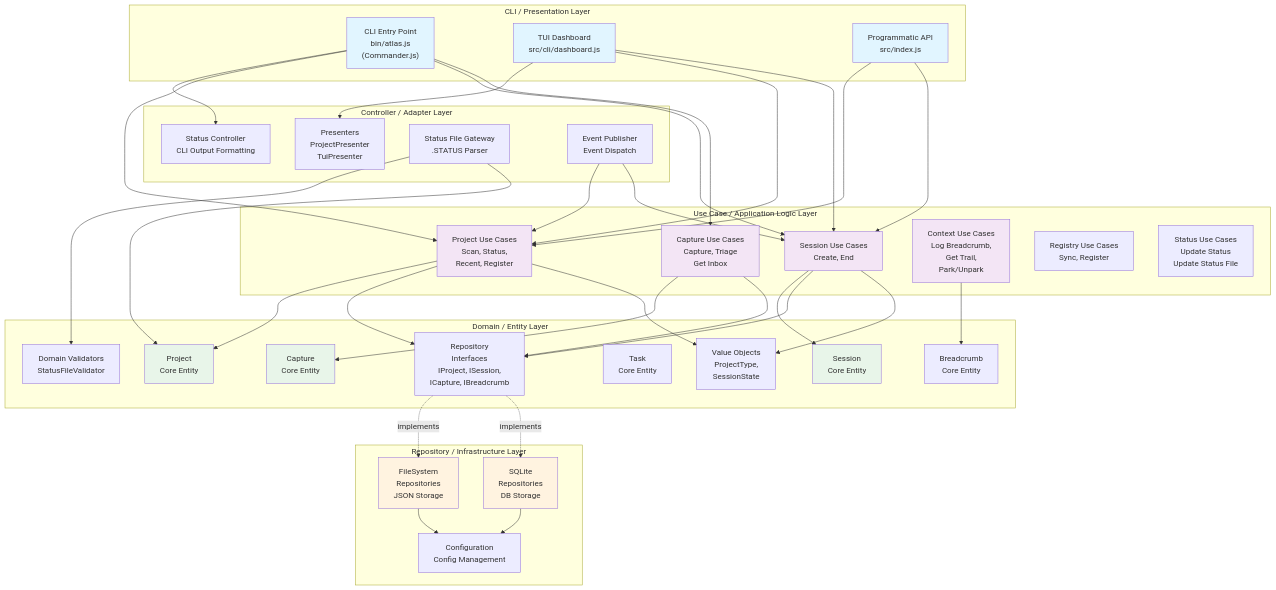
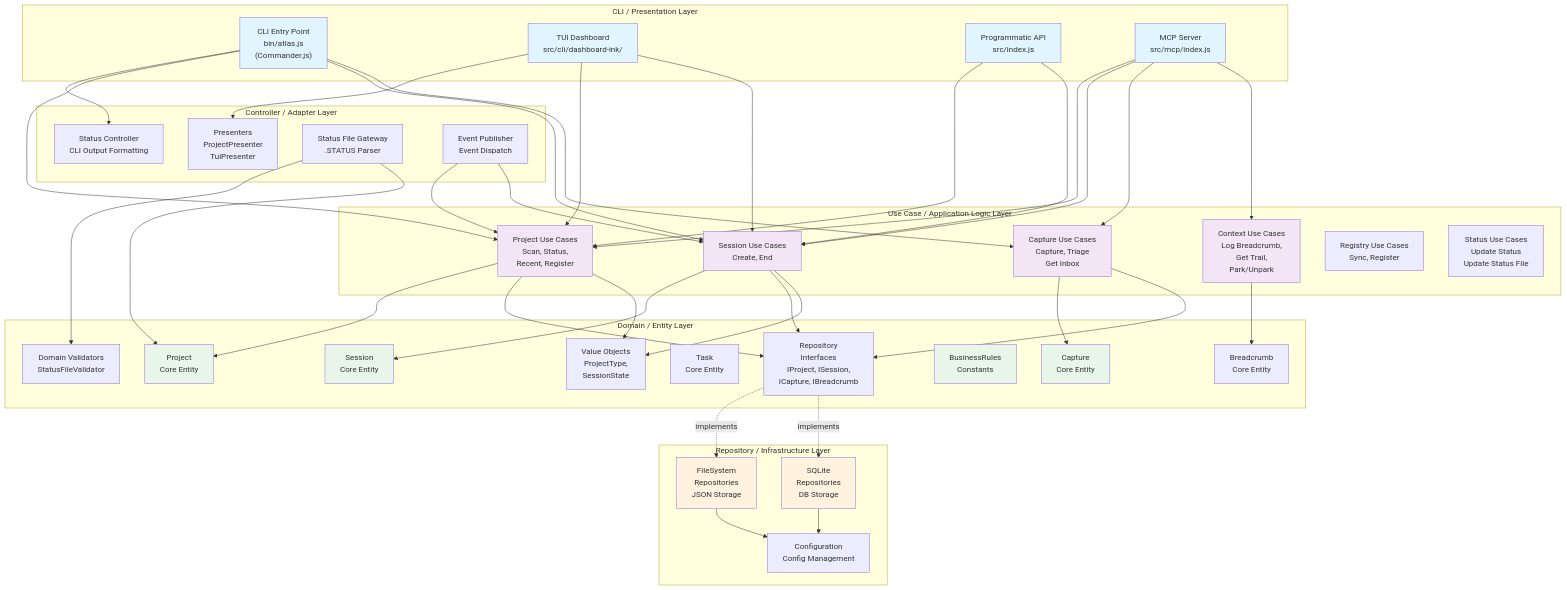
The first of 13 diagrams in docs/DIAGRAMS.md (Data-Wise/atlas), drawn with Mermaid before and after one commit. The commit also changed other lines of this file and 2 other files, not shown here.

```diff
--- a/docs/DIAGRAMS.md
+++ b/docs/DIAGRAMS.md
@@ -10,8 +10,9 @@
 graph TB
     subgraph "CLI / Presentation Layer"
         CLI["CLI Entry Point<br/>bin/atlas.js<br/>(Commander.js)"]
-        Dashboard["TUI Dashboard<br/>src/cli/dashboard.js"]
+        Dashboard["TUI Dashboard<br/>src/cli/dashboard-ink/"]
         API["Programmatic API<br/>src/index.js"]
+        MCP["MCP Server<br/>src/mcp/index.js"]
     end
 
     subgraph "Controller / Adapter Layer"
@@ -37,6 +38,7 @@
         Breadcrumb["Breadcrumb<br/>Core Entity"]
         Task["Task<br/>Core Entity"]
         RepoIface["Repository<br/>Interfaces<br/>IProject, ISession,<br/>ICapture, IBreadcrumb"]
+        BizRules["BusinessRules<br/>Constants"]
         ValueObj["Value Objects<br/>ProjectType,<br/>SessionState"]
         Validators["Domain Validators<br/>StatusFileValidator"]
     end
@@ -56,6 +58,10 @@
     Dashboard --> SessionUC
     API --> ProjectUC
     API --> SessionUC
+    MCP --> ProjectUC
+    MCP --> SessionUC
+    MCP --> CaptureUC
+    MCP --> ContextUC
 
     ProjectUC --> Project
     SessionUC --> Session
@@ -80,12 +86,14 @@
 
     style CLI fill:#e1f5ff
     style Dashboard fill:#e1f5ff
+    style MCP fill:#e1f5ff
     style API fill:#e1f5ff
     style ProjectUC fill:#f3e5f5
     style SessionUC fill:#f3e5f5
     style CaptureUC fill:#f3e5f5
     style ContextUC fill:#f3e5f5
     style Project fill:#e8f5e9
+    style BizRules fill:#e8f5e9
     style Session fill:#e8f5e9
     style Capture fill:#e8f5e9
     style FSRepo fill:#fff3e0
```
